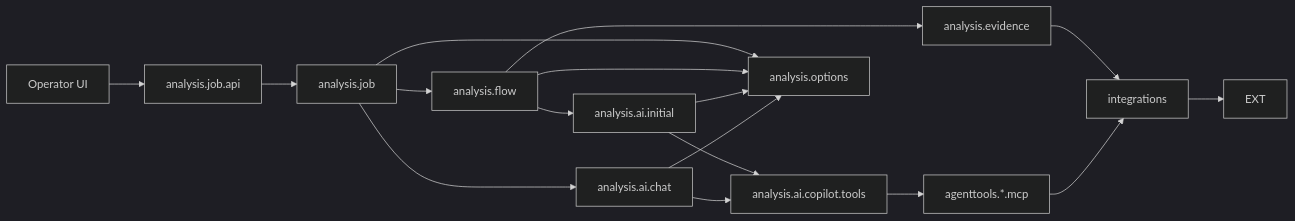
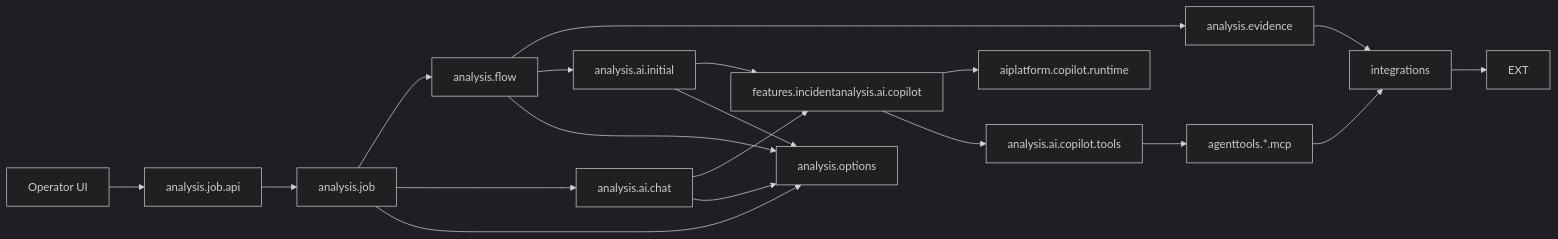
Before and after one commit to herald-assistant/incident-tracker: the first of 2 diagrams in docs/architecture/05-package-dependencies.md, drawn with Mermaid (dark theme). The commit also changed other lines of this file and 101 other files, not shown here.

````diff
--- a/docs/architecture/05-package-dependencies.md
+++ b/docs/architecture/05-package-dependencies.md
@@ -87,23 +87,25 @@
 ```mermaid
 flowchart LR
     OP["Operator UI"] --> JOBAPI["analysis.job.api"]
     JOBAPI --> JOB["analysis.job"]
     JOB --> FLOW["analysis.flow"]
 
     FLOW --> EVIDENCE["analysis.evidence"]
     EVIDENCE --> INTEGRATIONS["integrations"]
     INTEGRATIONS --> EXT
 
     FLOW --> INITIAL["analysis.ai.initial"]
-    INITIAL --> TOOLS["analysis.ai.copilot.tools"]
+    INITIAL --> INCIDENTCOPILOT["features.incidentanalysis.ai.copilot"]
+    INCIDENTCOPILOT --> AIPLATFORM["aiplatform.copilot.runtime"]
+    INCIDENTCOPILOT --> TOOLS["analysis.ai.copilot.tools"]
     TOOLS --> MCP["agenttools.*.mcp"]
     MCP --> INTEGRATIONS
 
     JOB --> CHAT
-    CHAT["analysis.ai.chat"] --> TOOLS
+    CHAT["analysis.ai.chat"] --> INCIDENTCOPILOT
 
     JOB --> OPTIONS["analysis.options"]
     FLOW --> OPTIONS
     INITIAL --> OPTIONS
     CHAT --> OPTIONS
 ```
````
